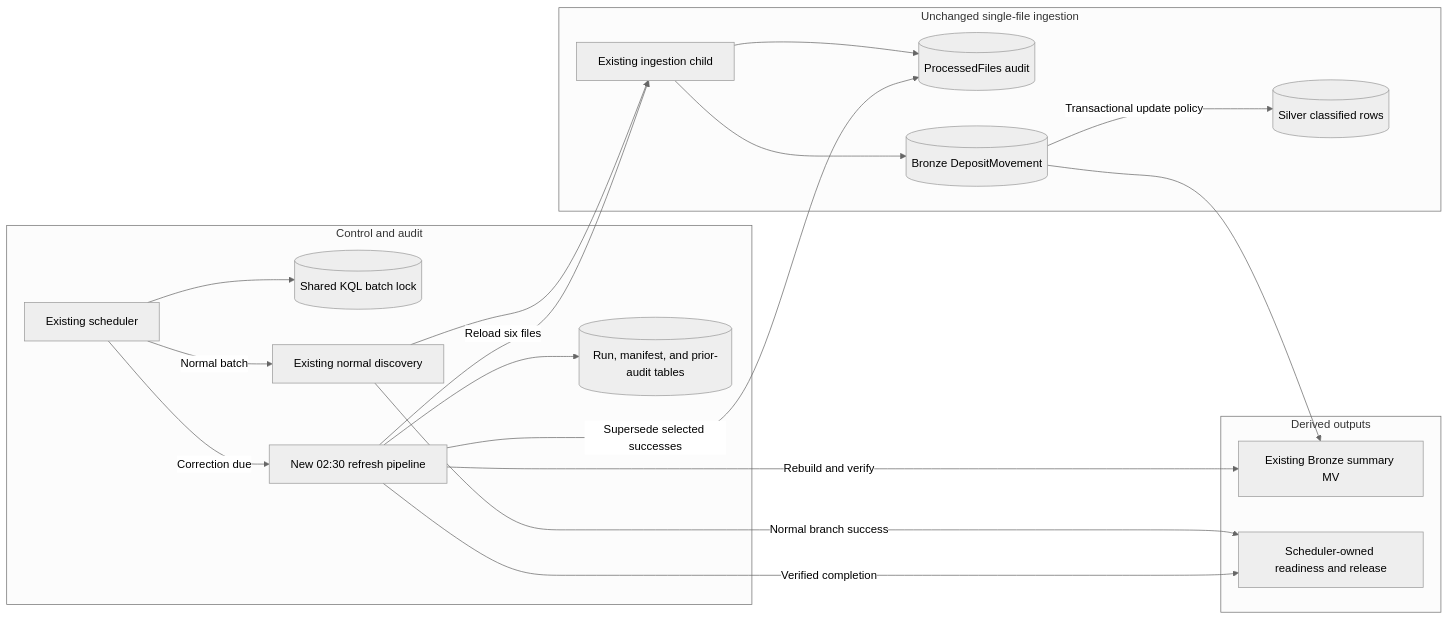
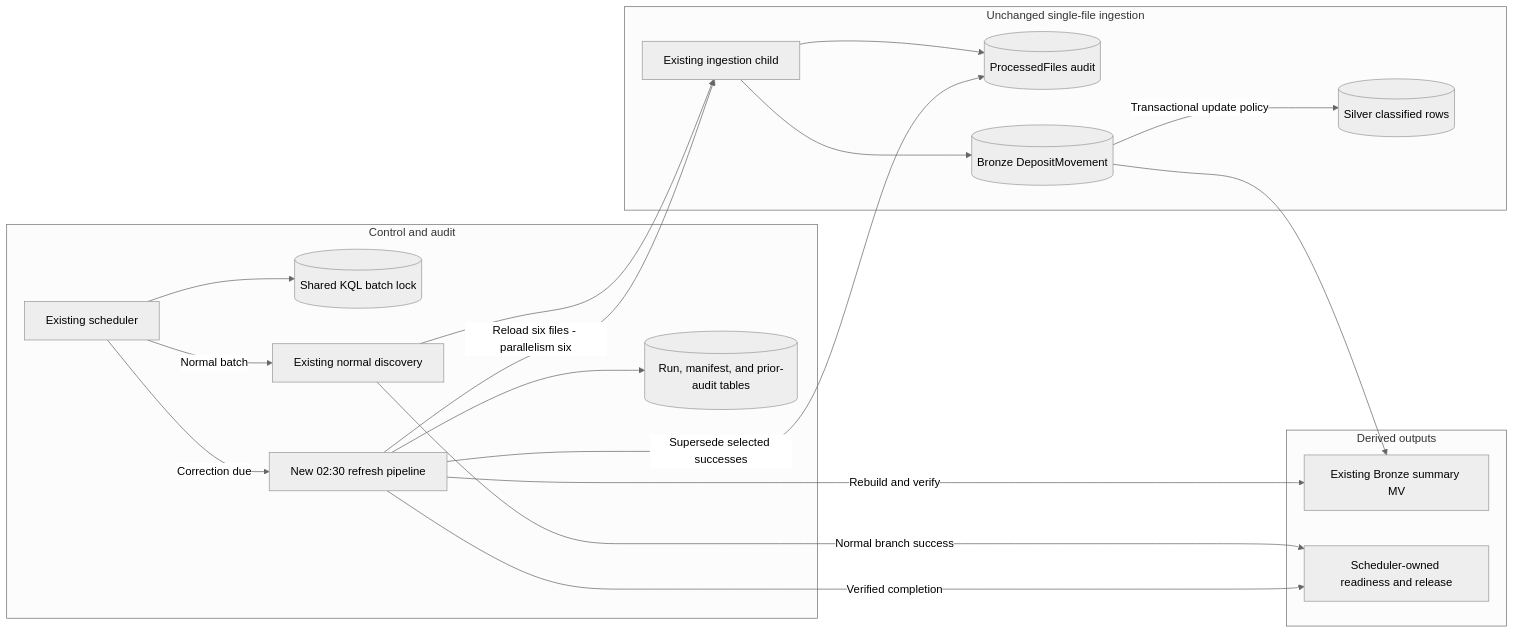
The second of 2 diagrams in production/ChangeRequest01/05-data-pipeline/README.md (ChettapongP-MFST/RTI-IDM-PRD), drawn with Mermaid (neutral theme) before and after one commit. The commit also changed other lines of this file and 3 other files, not shown here.

````diff
--- a/production/ChangeRequest01/05-data-pipeline/README.md
+++ b/production/ChangeRequest01/05-data-pipeline/README.md
@@ -158,34 +162,34 @@
 ```mermaid
 flowchart LR
     subgraph ComponentControl0230["Control and audit"]
         CCaller["Existing scheduler"]
         CLock[("Shared KQL batch lock")]
         CRefresh["New 02:30 refresh pipeline"]
         CState[("Run, manifest, and prior-audit tables")]
         CDiscover["Existing normal discovery"]
     end
     subgraph ComponentIngest0230["Unchanged single-file ingestion"]
         CLoader["Existing ingestion child"]
         CAudit[("ProcessedFiles audit")]
         CBronze[("Bronze DepositMovement")]
         CSilver[("Silver classified rows")]
     end
     subgraph ComponentOutputs0230["Derived outputs"]
         CViews["Existing Bronze summary MV"]
         CPublish["Scheduler-owned readiness and release"]
     end
     CCaller --> CLock
     CCaller -->|"Correction due"| CRefresh
     CCaller -->|"Normal batch"| CDiscover
     CRefresh --> CState
     CRefresh -->|"Supersede selected successes"| CAudit
-    CRefresh -->|"Reload six files"| CLoader
+    CRefresh -->|"Reload six files - parallelism six"| CLoader
     CDiscover --> CLoader
     CLoader --> CBronze
     CLoader --> CAudit
     CBronze -->|"Transactional update policy"| CSilver
     CBronze --> CViews
     CRefresh -->|"Rebuild and verify"| CViews
     CRefresh -->|"Verified completion"| CPublish
     CDiscover -->|"Normal branch success"| CPublish
 ```
````
